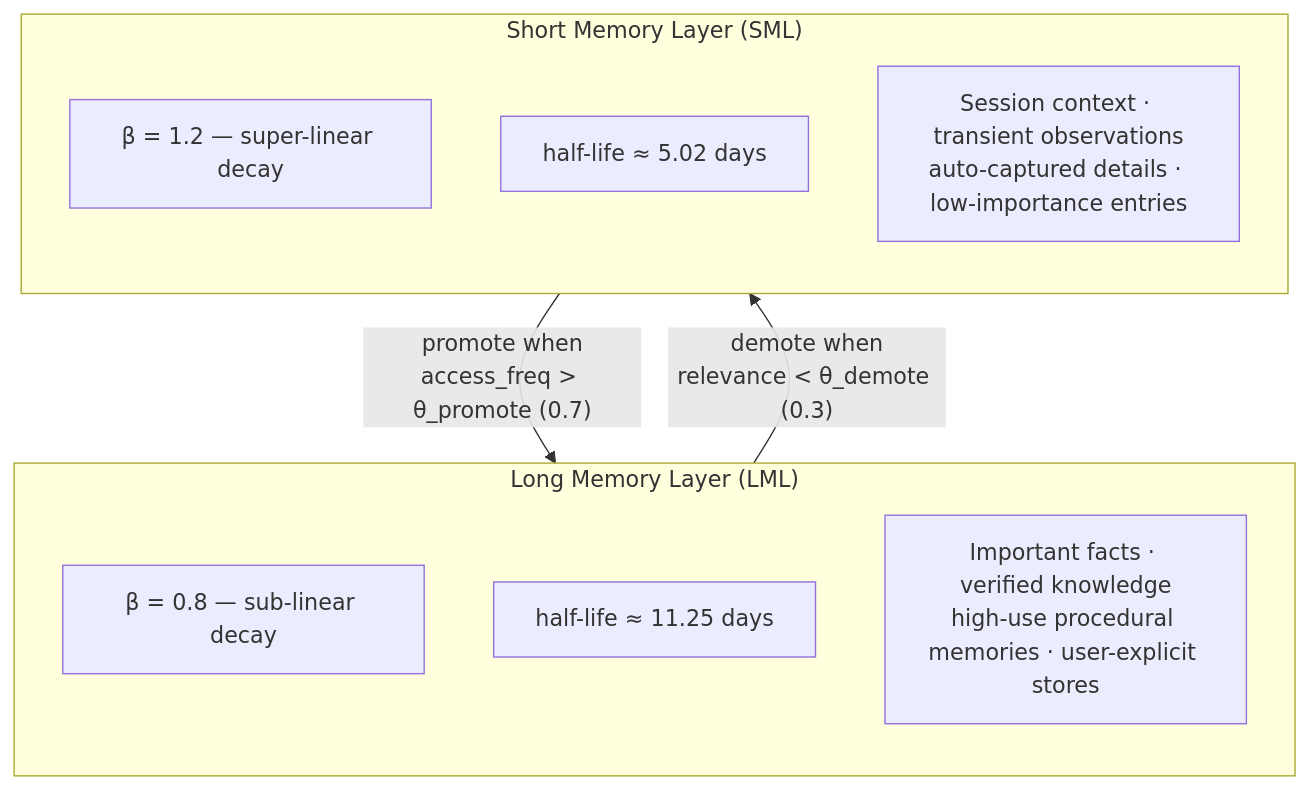
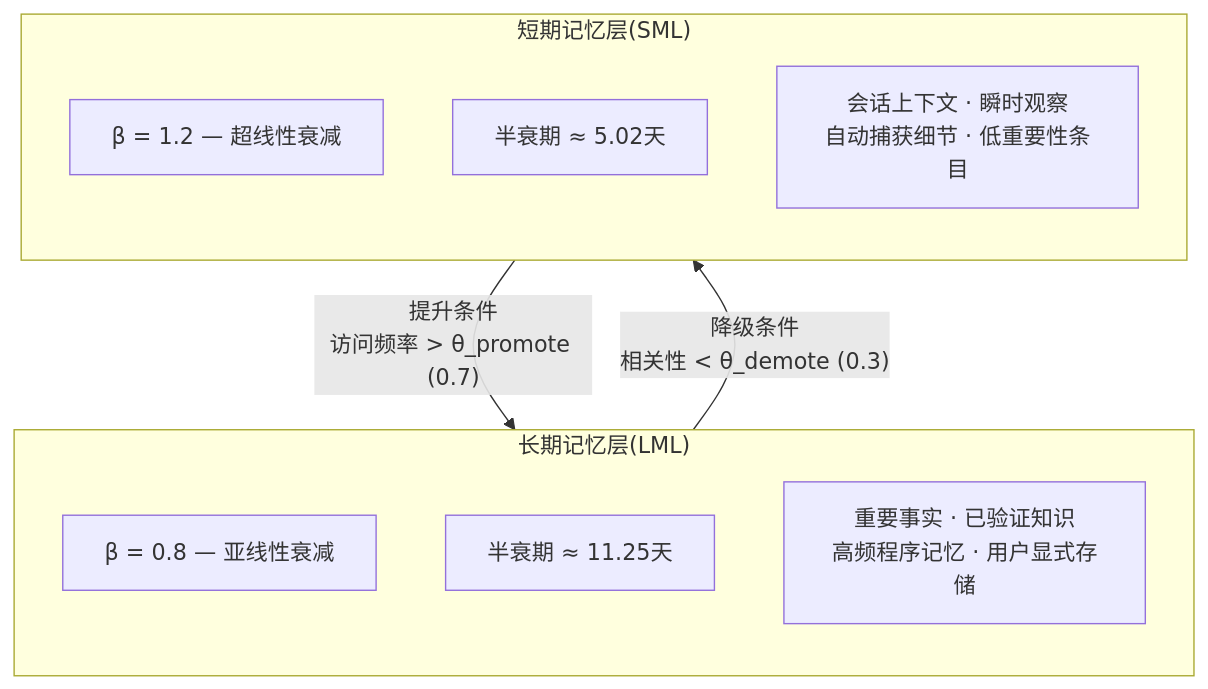
Before and after one commit to WeiLinCool/openpawz: the eighth of 20 diagrams in docs/research/zh/engram.md, drawn with Mermaid. The commit also changed other lines of this file and 7 other files, not shown here.

````diff
--- a/docs/research/zh/engram.md
+++ b/docs/research/zh/engram.md
@@ -665,20 +665,20 @@
 ```mermaid
 flowchart TB
-    subgraph LML["Long Memory Layer (LML)"]
+    subgraph LML["长期记忆层(LML)"]
         direction TB
-        L1["β = 0.8 — sub-linear decay"]
-        L2["half-life ≈ 11.25 days"]
-        L3["Important facts · verified knowledge\nhigh-use procedural memories · user-explicit stores"]
+        L1["β = 0.8 — 亚线性衰减"]
+        L2["半衰期 ≈ 11.25天"]
+        L3["重要事实 · 已验证知识\n高频程序记忆 · 用户显式存储"]
     end
 
-    subgraph SML["Short Memory Layer (SML)"]
+    subgraph SML["短期记忆层(SML)"]
         direction TB
-        S1["β = 1.2 — super-linear decay"]
-        S2["half-life ≈ 5.02 days"]
-        S3["Session context · transient observations\nauto-captured details · low-importance entries"]
+        S1["β = 1.2 — 超线性衰减"]
+        S2["半衰期 ≈ 5.02天"]
+        S3["会话上下文 · 瞬时观察\n自动捕获细节 · 低重要性条目"]
     end
 
-    SML -- "promote when\naccess_freq > θ_promote (0.7)" --> LML
-    LML -- "demote when\nrelevance < θ_demote (0.3)" --> SML
+    SML -- "提升条件\n访问频率 > θ_promote (0.7)" --> LML
+    LML -- "降级条件\n相关性 < θ_demote (0.3)" --> SML
 
 ```
````
